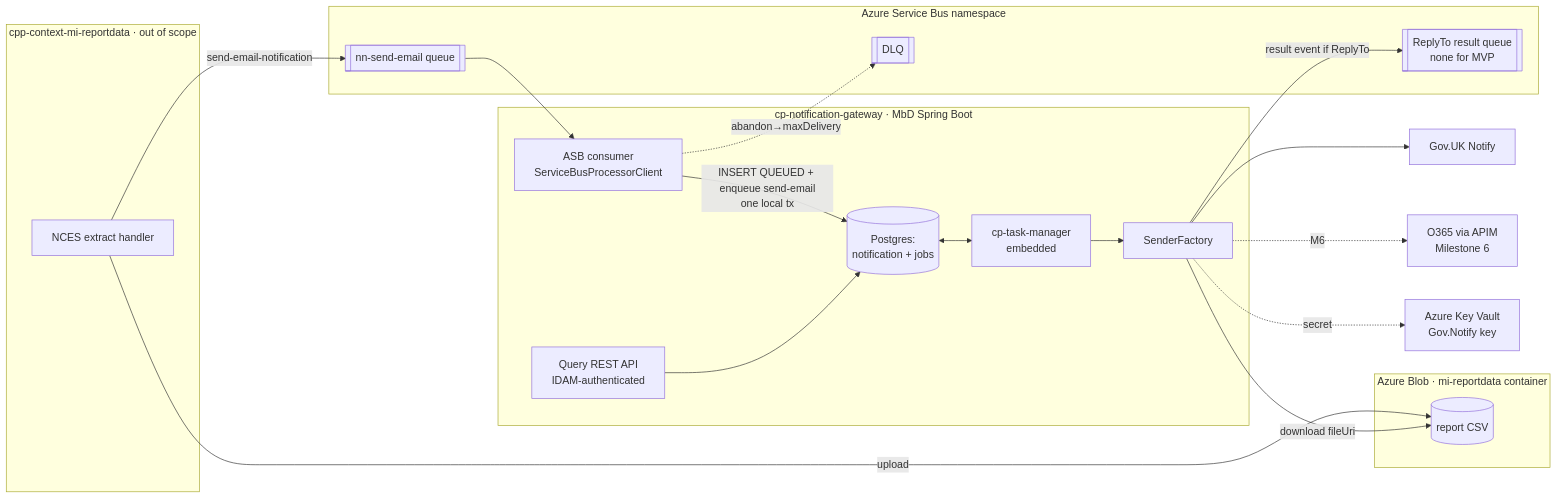
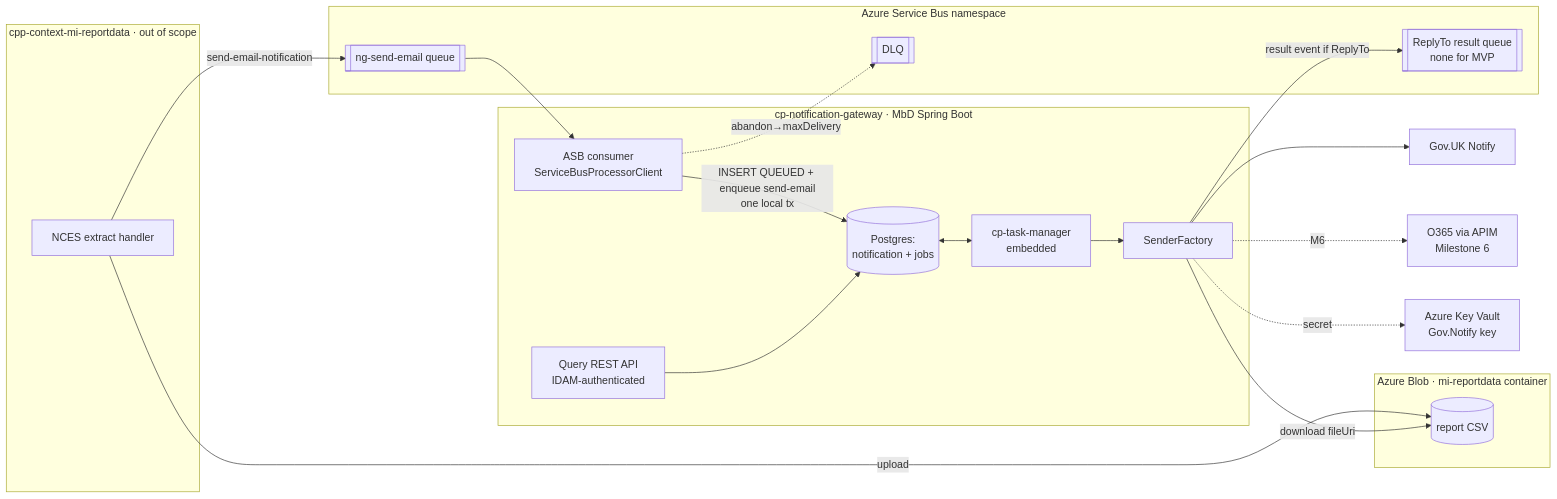
One commit to hmcts/cp-notification-gateway changed the first of 2 diagrams in docs/pipeline/architecture-design.md. Above: the diagram before and after it, drawn with Mermaid. The commit also changed other lines of this file and 112 other files, not shown here.

````diff
--- a/docs/pipeline/architecture-design.md
+++ b/docs/pipeline/architecture-design.md
@@ -132,38 +132,38 @@
 ```mermaid
 flowchart LR
   subgraph mi[cpp-context-mi-reportdata · out of scope]
     P[NCES extract handler]
   end
   subgraph blob[Azure Blob · mi-reportdata container]
     B[(report CSV)]
   end
   subgraph asb[Azure Service Bus namespace]
-    CQ[[nn-send-email queue]]
+    CQ[[ng-send-email queue]]
     RQ[[ReplyTo result queue<br/>none for MVP]]
     DLQ[[DLQ]]
   end
   subgraph svc[cp-notification-gateway · MbD Spring Boot]
     C[ASB consumer<br/>ServiceBusProcessorClient]
     DB[(Postgres:<br/>notification + jobs)]
     TM[cp-task-manager<br/>embedded]
     SND[SenderFactory]
     Q[Query REST API<br/>IDAM-authenticated]
   end
   GN[Gov.UK Notify]
   O365[O365 via APIM<br/>Milestone 6]
   KV[Azure Key Vault<br/>Gov.Notify key]
 
   P -->|upload| B
   P -->|send-email-notification| CQ
   CQ --> C
   C -->|INSERT QUEUED + enqueue send-email<br/>one local tx| DB
   C -.abandon→maxDelivery.-> DLQ
   DB <--> TM
   TM --> SND
   SND -->|download fileUri| B
   SND --> GN
   SND -.M6.-> O365
   SND -->|result event if ReplyTo| RQ
   Q --> DB
   SND -. secret .-> KV
 ```
````
